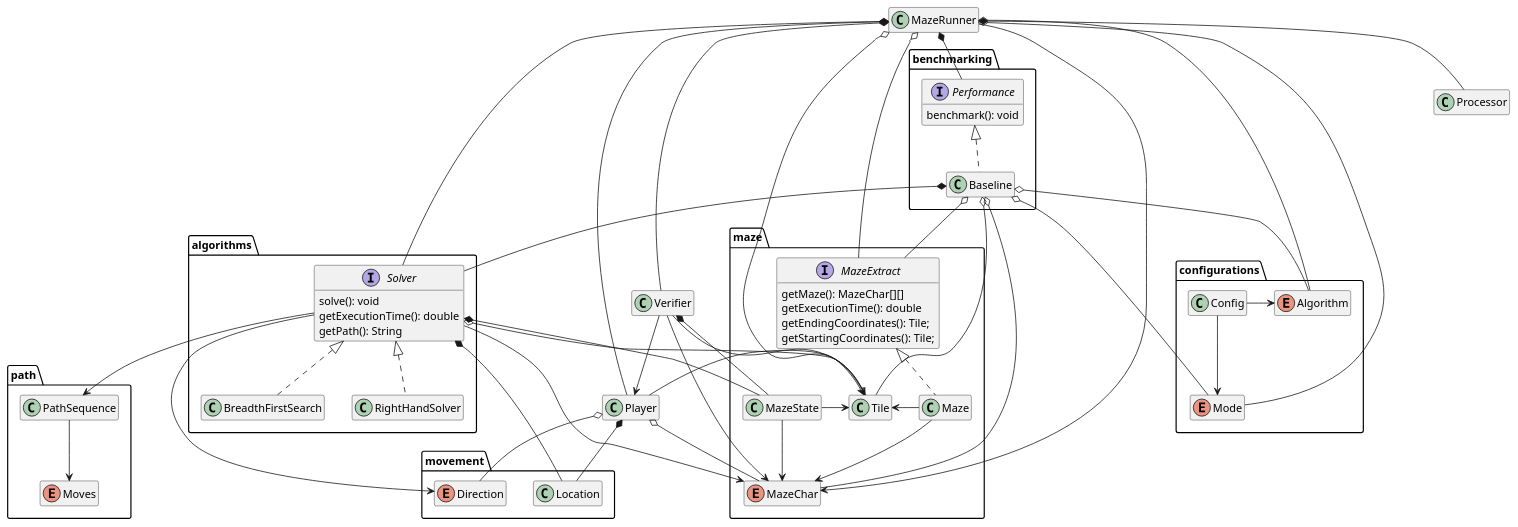
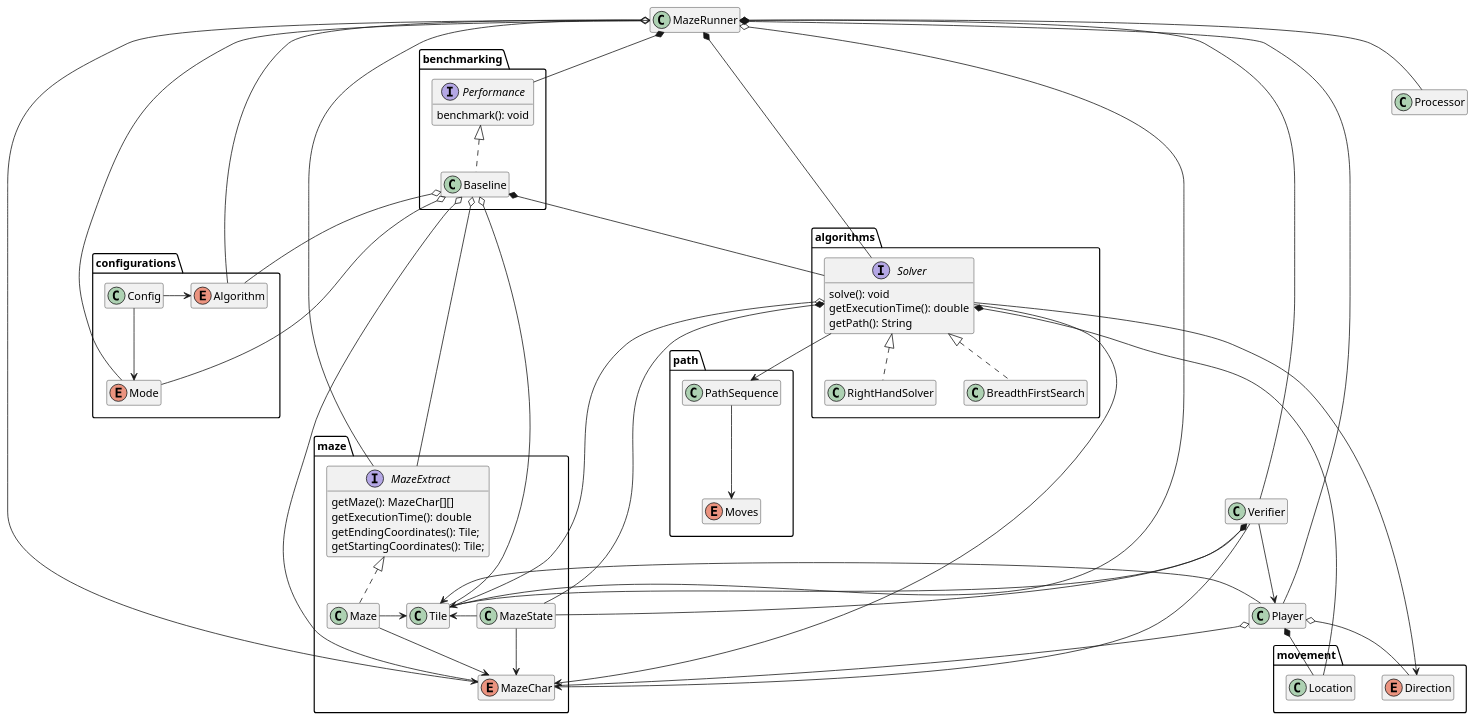
Before and after one commit to vikramC04/maze-runner: the diagram in src/plantuml/class.plantuml, drawn with PlantUML. The commit also changed 4 other files, not shown here.

```diff
--- a/src/plantuml/class.plantuml
+++ b/src/plantuml/class.plantuml
@@ -1,104 +1,103 @@
 @startuml Class Diagram
 
 package movement {
   enum Direction
   class Location
 }
 
 package algorithms {
   interface Solver {
     solve(): void
     getExecutionTime(): double
     getPath(): String
   }
   class BreadthFirstSearch implements Solver
   class RightHandSolver implements Solver
 }
 
 package benchmarking {
   interface Performance {
     benchmark(): void 
   }
   class Baseline implements Performance
 }
 
 package maze {
   interface MazeExtract {
     getMaze(): MazeChar[][] 
     getExecutionTime(): double
     getEndingCoordinates(): Tile;
     getStartingCoordinates(): Tile;
   }
   class Maze implements MazeExtract 
   enum MazeChar
   class MazeState
   class Tile
 }
 
 
-
 package configurations {
   class Config
   enum Algorithm
   enum Mode
 }
 
 package path {
   enum Moves
   class PathSequence
 }
 
 class MazeRunner
 class Player
 class Processor
 class Verifier
 
-Solver --> MazeChar
+Solver ---> MazeChar
 Solver o-- Tile
-Solver ---> Direction
-Solver *--- MazeState
-Solver *--- Location
+Solver ----> Direction
+Solver *----- MazeState
+Solver *----- Location
 Solver --> PathSequence
 
 Baseline o--- MazeChar
-Baseline o- Tile
+Baseline o-- Tile
 Baseline o-- MazeExtract
 Baseline o-- Algorithm
 Baseline o-- Mode
 Baseline *-- Solver
 
 Config -> Algorithm
 Config --> Mode
 
 Maze --> MazeChar
 Maze -> Tile
 
 MazeState -> MazeChar
 MazeState -> Tile
 
-MazeRunner --> MazeChar
+MazeRunner -> MazeChar
 MazeRunner o- Tile
-MazeRunner o-- MazeExtract
-MazeRunner o-- Algorithm
-MazeRunner o-- Mode
+MazeRunner o- MazeExtract
+MazeRunner o--- Algorithm
+MazeRunner o--- Mode
 MazeRunner *-- Solver
 MazeRunner *-- Player
 MazeRunner *-- Processor
 MazeRunner *-- Performance
 MazeRunner *-- Verifier
 
 Player *-- Location
 Player o- Direction
 Player -> Tile
 Player o-- MazeChar
 
 Verifier --> Tile
 Verifier --> Player
 Verifier --> MazeChar
 Verifier *-- MazeState
 
 PathSequence --> Moves
 
 
 hide empty members
 @enduml 
```
